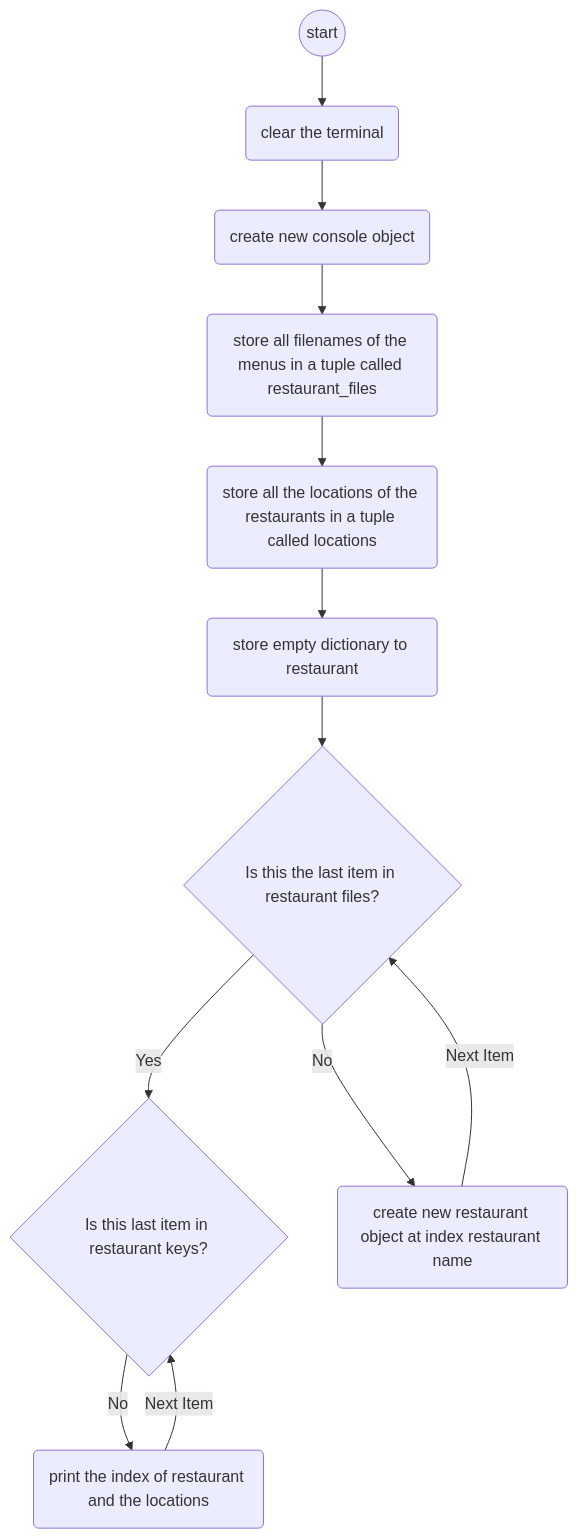
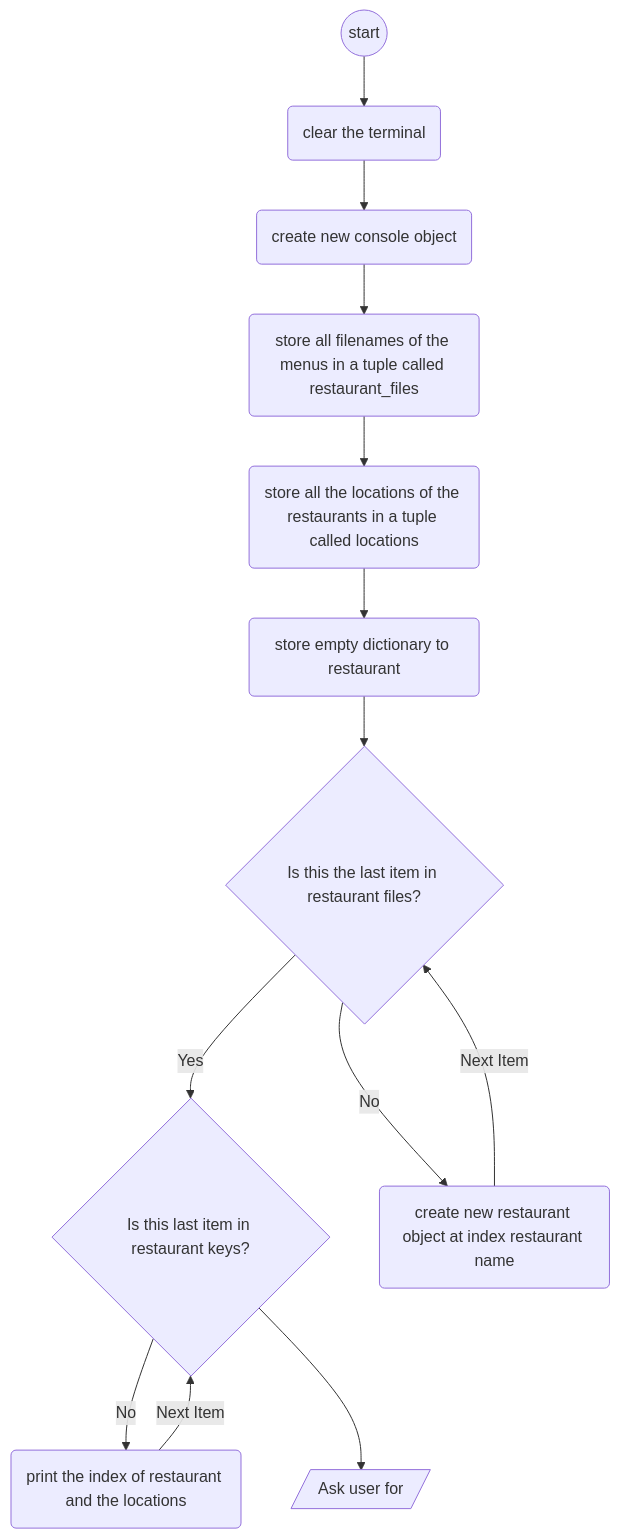
One commit to asdcf35/classwork changed the diagram in Error Journaling/flowchart.mmd. Above: the diagram before and after it, drawn with Mermaid. The commit also changed other lines of this file, not shown here.

Commit message:
May 13, 2024, 8:49 PM

```diff
--- a/Error Journaling/flowchart.mmd
+++ b/Error Journaling/flowchart.mmd
@@ -1,10 +1,11 @@
 flowchart
     start((start)) -->
     clearTerminal(clear the terminal) -->
     consoleObject(create new console object) -->
     restaurantFiles(store all filenames of the menus in a tuple called restaurant_files) -->
     locations(store all the locations of the restaurants in a tuple called locations) -->
     emptyRestaurant(store empty dictionary to restaurant) -->
     lastItemInRestaurantFiles{Is this the last item in restaurant files?} --> |Yes| lastItemInRestaurantKeys{Is this last item in restaurant keys?}
     lastItemInRestaurantKeys --> |No| printIndexRestaurantLocations(print the index of restaurant and the locations) -->|Next Item|lastItemInRestaurantKeys
     lastItemInRestaurantFiles --> |No| createRestaurantItem(create new restaurant object at index restaurant name) -->|Next Item|lastItemInRestaurantFiles
+    lastItemInRestaurantKeys --> askUserForRestaurant[/Ask user for /]
```
